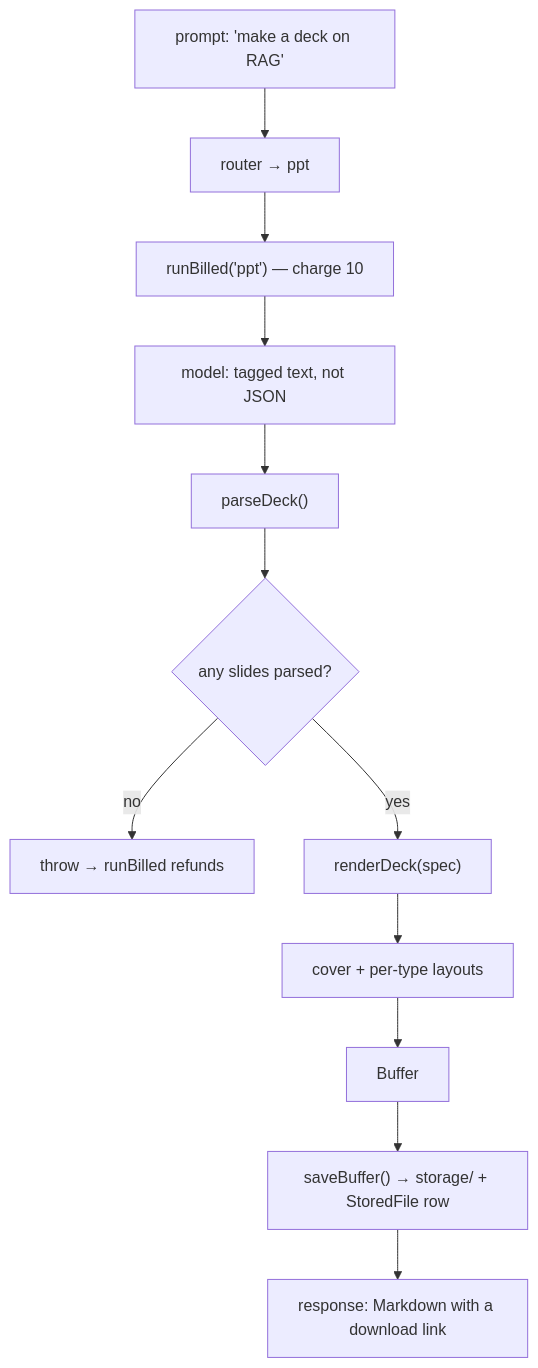
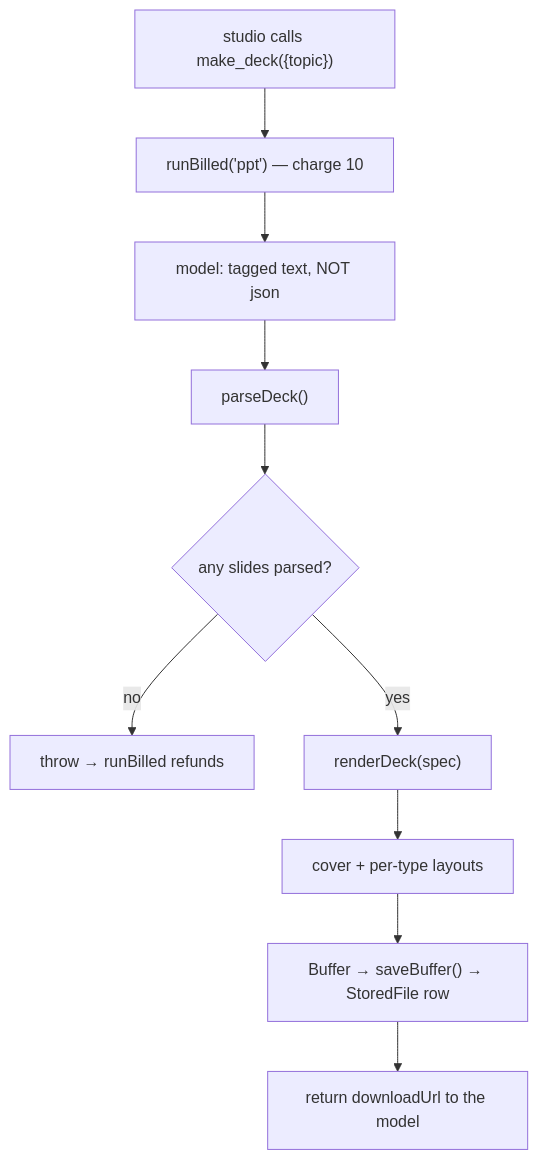
Before and after one commit to X-Rachit-X/AI_Secretary: the fourth of 10 diagrams in docs/05-DATA-FLOWS.md, drawn with Mermaid. The commit also changed other lines of this file and 27 other files, not shown here.

````diff
--- a/docs/05-DATA-FLOWS.md
+++ b/docs/05-DATA-FLOWS.md
@@ -160,14 +212,12 @@
 ```mermaid
 flowchart TD
-    A["prompt: 'make a deck on RAG'"] --> B["router → ppt"]
-    B --> C["runBilled('ppt') — charge 10"]
-    C --> D["model: tagged text, not JSON"]
-    D --> E["parseDeck()"]
-    E --> F{"any slides parsed?"}
-    F -->|"no"| G["throw → runBilled refunds"]
-    F -->|"yes"| H["renderDeck(spec)"]
-    H --> I["cover + per-type layouts"]
-    I --> J["Buffer"]
-    J --> K["saveBuffer() → storage/ + StoredFile row"]
-    K --> L["response: Markdown with a download link"]
+    A["studio calls make_deck({topic})"] --> B["runBilled('ppt') — charge 10"]
+    B --> C["model: tagged text, NOT json"]
+    C --> D["parseDeck()"]
+    D --> E{"any slides parsed?"}
+    E -->|"no"| F["throw → runBilled refunds"]
+    E -->|"yes"| G["renderDeck(spec)"]
+    G --> H["cover + per-type layouts"]
+    H --> I["Buffer → saveBuffer() → StoredFile row"]
+    I --> J["return downloadUrl to the model"]
 ```
````
